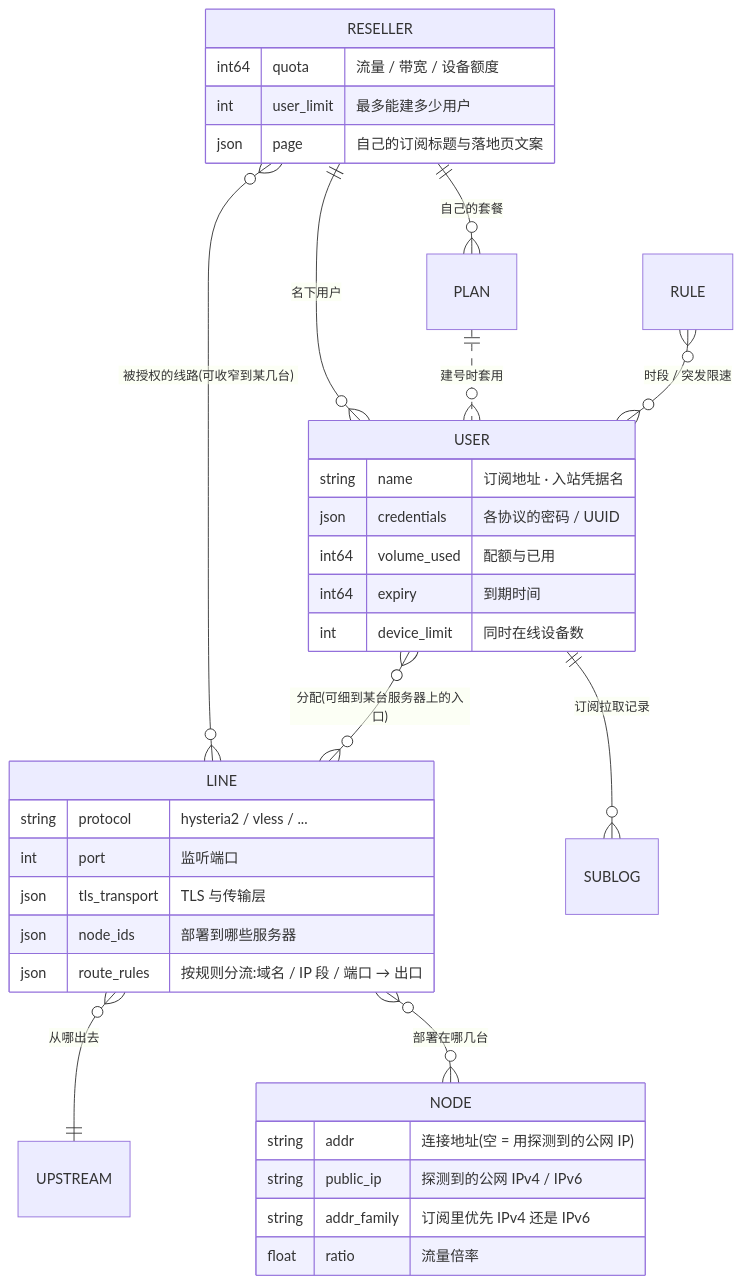
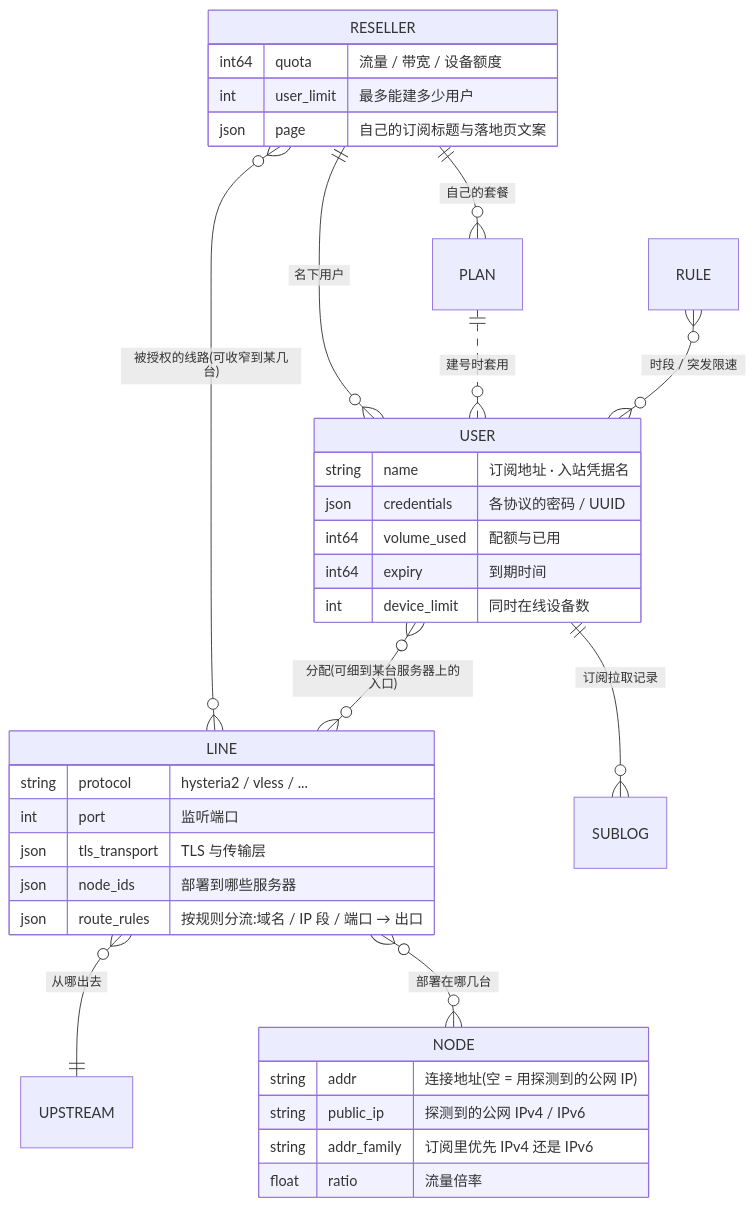
One commit to Maoyangui/m-ui changed the fifth of 5 diagrams in README.md. Above: the diagram before and after it, drawn with Mermaid. The commit also changed other lines of this file and 1 other file, not shown here.

Commit message:
README 的 Mermaid 图改用 SVG 文字(htmlLabels: false):GitHub 渲染时 HTML 标签的量宽和实际字体对不上,中文长标签被截、短标签被挤折行

````diff
--- a/README.md
+++ b/README.md
@@ -202,38 +214,42 @@
 ```mermaid
+---
+config:
+  htmlLabels: false
+---
 erDiagram
   RESELLER ||--o{ USER : "名下用户"
   RESELLER ||--o{ PLAN : "自己的套餐"
   RESELLER }o--o{ LINE : "被授权的线路(可收窄到某几台)"
   USER }o--o{ LINE : "分配(可细到某台服务器上的入口)"
   PLAN ||..o{ USER : "建号时套用"
   LINE }o--|| UPSTREAM : "从哪出去"
   LINE }o--o{ NODE : "部署在哪几台"
   USER ||--o{ SUBLOG : "订阅拉取记录"
   RULE }o--o{ USER : "时段 / 突发限速"
 
   USER {
     string name "订阅地址 · 入站凭据名"
     json credentials "各协议的密码 / UUID"
     int64 volume_used "配额与已用"
     int64 expiry "到期时间"
     int device_limit "同时在线设备数"
   }
   LINE {
     string protocol "hysteria2 / vless / ..."
     int port "监听端口"
     json tls_transport "TLS 与传输层"
     json node_ids "部署到哪些服务器"
     json route_rules "按规则分流:域名 / IP 段 / 端口 → 出口"
   }
   NODE {
     string addr "连接地址(空 = 用探测到的公网 IP)"
     string public_ip "探测到的公网 IPv4 / IPv6"
     string addr_family "订阅里优先 IPv4 还是 IPv6"
     float ratio "流量倍率"
   }
   RESELLER {
     int64 quota "流量 / 带宽 / 设备额度"
     int user_limit "最多能建多少用户"
     json page "自己的订阅标题与落地页文案"
   }
 ```
````
